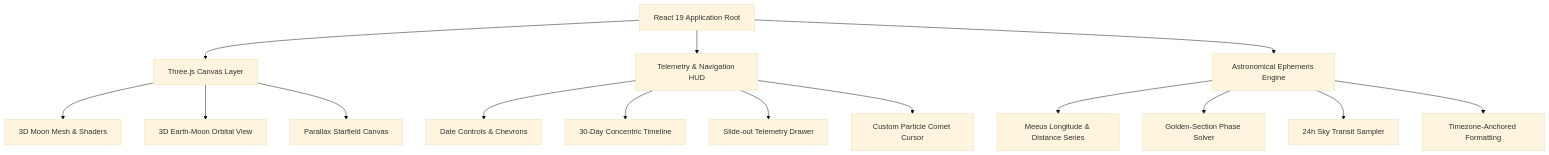
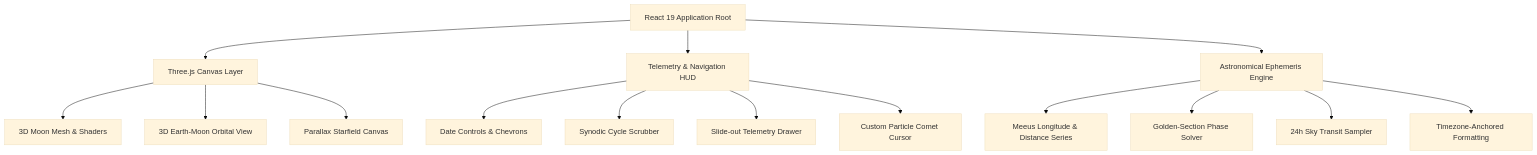
Before and after one commit to kavindu-rakn/Luna: the diagram in README.md, drawn with Mermaid (base theme). The commit also changed 3 other files, not shown here.

````diff
--- a/README.md
+++ b/README.md
@@ -173,20 +173,20 @@
 ```mermaid
 graph TD
     A[React 19 Application Root] --> B[Three.js Canvas Layer]
     A --> C[Telemetry & Navigation HUD]
     A --> D[Astronomical Ephemeris Engine]
 
     B --> B1[3D Moon Mesh & Shaders]
     B --> B2[3D Earth-Moon Orbital View]
     B --> B3[Parallax Starfield Canvas]
 
     C --> C1[Date Controls & Chevrons]
-    C --> C2[30-Day Concentric Timeline]
+    C --> C2[Synodic Cycle Scrubber]
     C --> C3[Slide-out Telemetry Drawer]
     C --> C4[Custom Particle Comet Cursor]
 
     D --> D1[Meeus Longitude & Distance Series]
     D --> D2[Golden-Section Phase Solver]
     D --> D3[24h Sky Transit Sampler]
     D --> D4[Timezone-Anchored Formatting]
 ```
````
